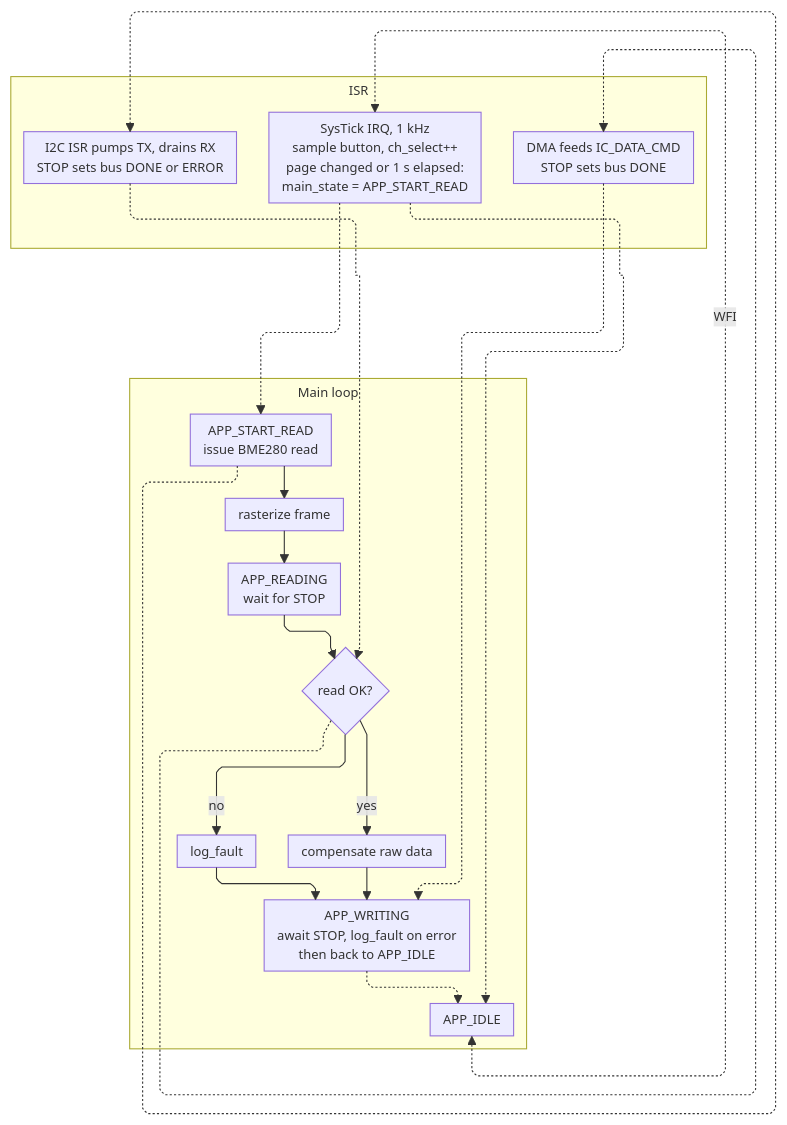
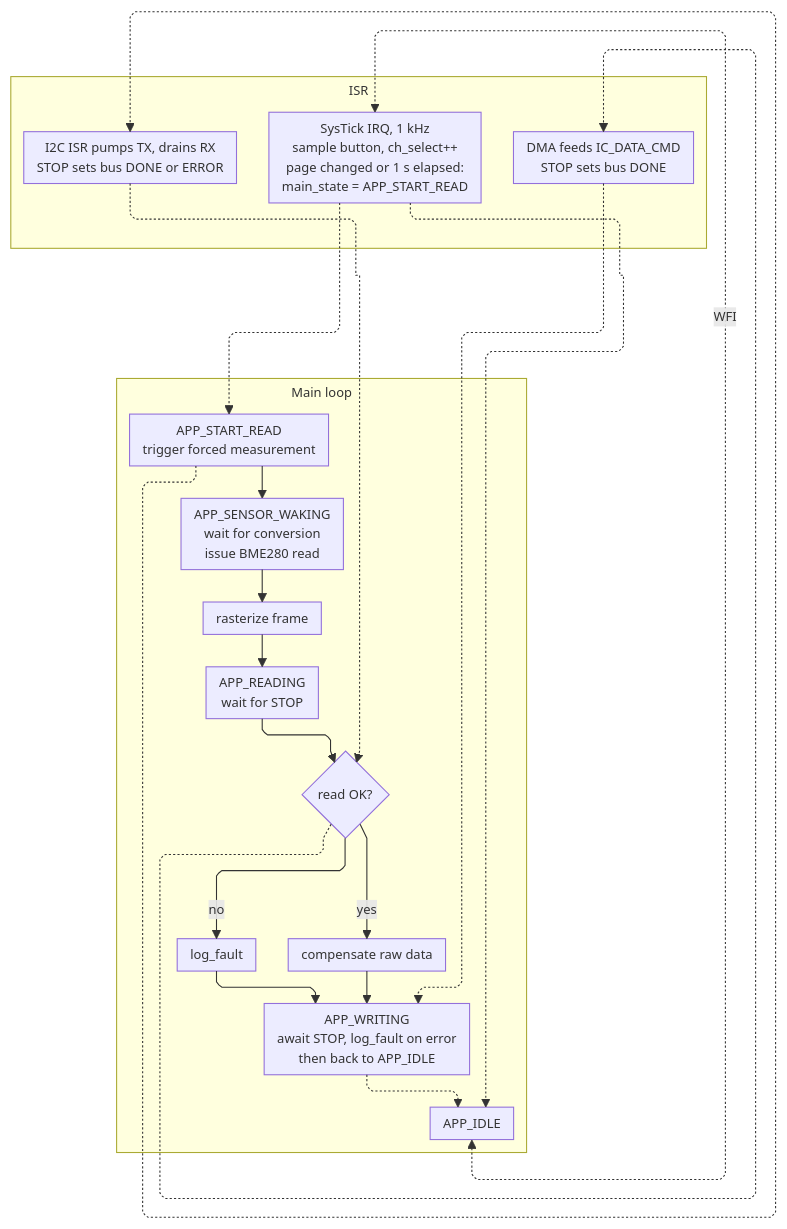
The diagram in README.md (Vasilis-Narain/rp2350-baremetal-weather-station), drawn with Mermaid before and after one commit. The commit also changed other lines of this file, not shown here.

````diff
--- a/README.md
+++ b/README.md
@@ -69,29 +70,30 @@
 ```mermaid
 %%{init: {"themeVariables": {"fontSize": "12px"}, "flowchart": {"defaultRenderer":"elk", "nodeSpacing": 40, "rankSpacing": 22, "padding": 6, "diagramPadding": 10, "curve": "linear", "subGraphTitleMargin": {"top": 4, "bottom": 20}}}}%%
 flowchart TB
     subgraph MAIN["Main loop"]
         I["APP_IDLE"]
-        S["APP_START_READ<br/>issue BME280 read"] --> R["rasterize frame"]
+        S["APP_START_READ<br/>trigger forced measurement"] --> WK["APP_SENSOR_WAKING<br/>wait for conversion<br/>issue BME280 read"]
+        WK --> R["rasterize frame"]
         R --> RD["APP_READING<br/>wait for STOP"]
         RD --> OK{"read OK?"}
         OK -- yes --> C["compensate raw data"]
         OK -- no --> LF["log_fault"]
         C --> W["APP_WRITING<br/>await STOP, log_fault on error<br/>then back to APP_IDLE"]
         LF --> W
     end
 
     subgraph ISR 
         SYS["SysTick IRQ, 1 kHz<br/>sample button, ch_select++<br/>page changed or 1 s elapsed:<br/>main_state = APP_START_READ"]
         ISR["I2C ISR pumps TX, drains RX<br/>STOP sets bus DONE or ERROR"]
         DF["DMA feeds IC_DATA_CMD<br/>STOP sets bus DONE"]
     end
 
     I <-.WFI.-> SYS
     SYS -.-> I
     SYS -.-> S
     S -.-> ISR
     DF -.-> W
     W -.->I
     ISR -.->OK
     OK -.-> DF
 ```
````
